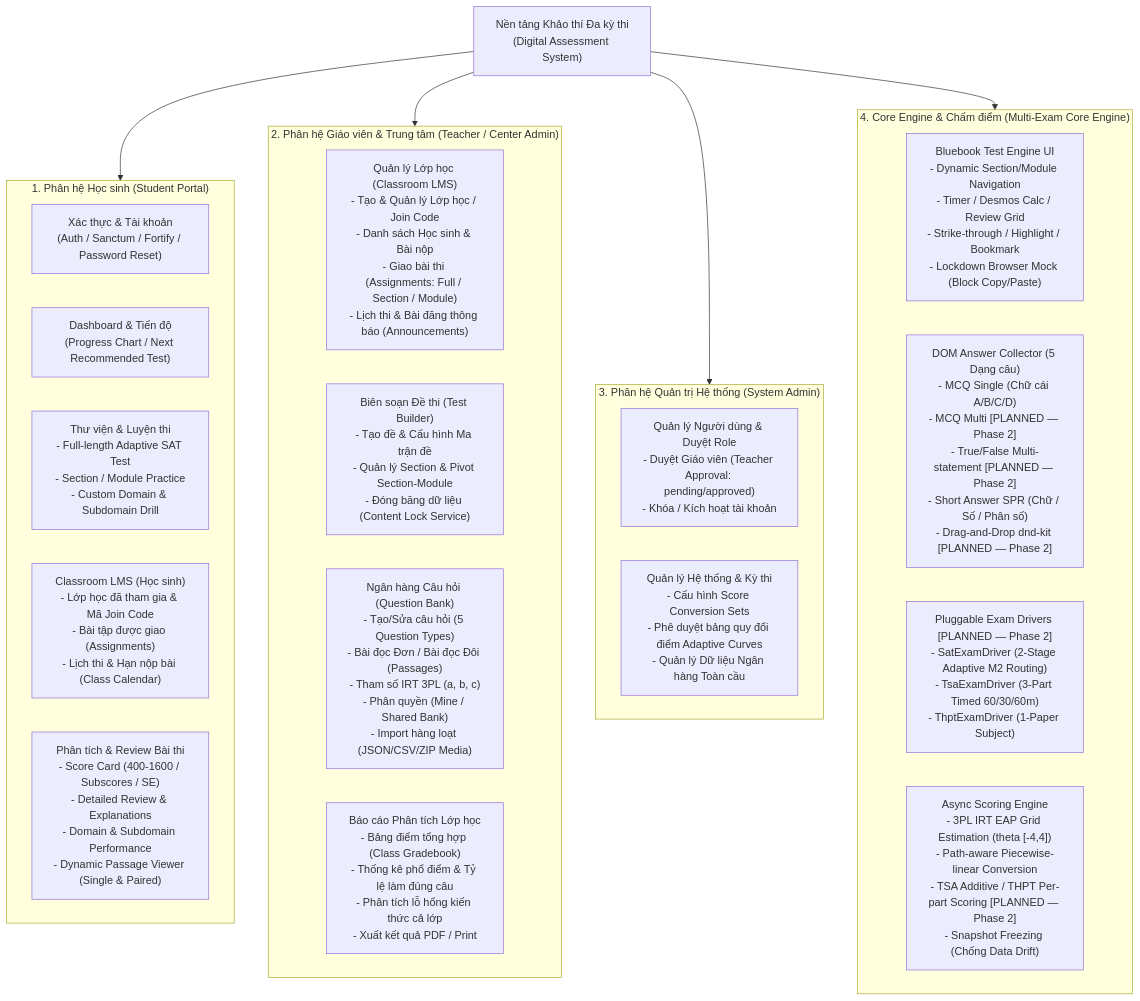
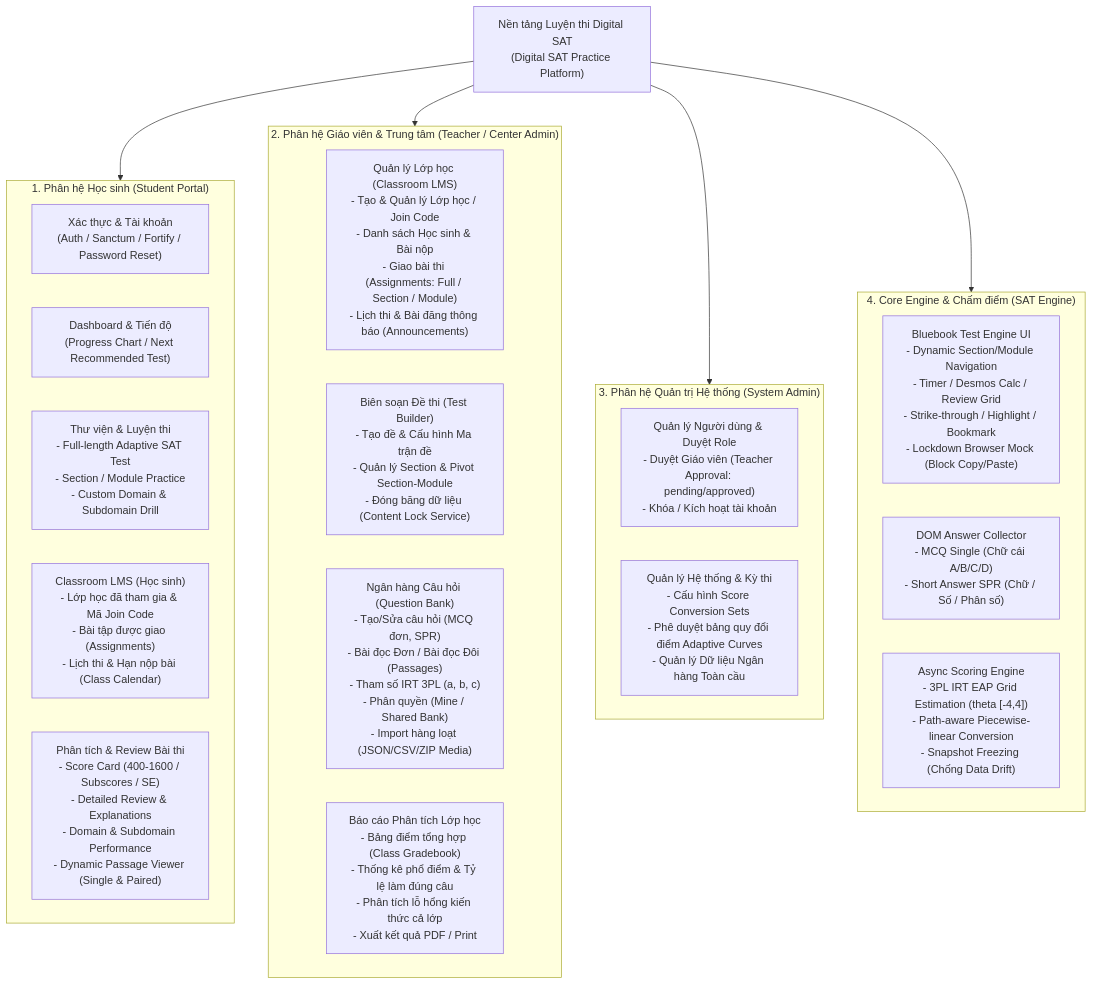
The first of 5 diagrams in docs/system-architecture-and-roadmap.md (rhy911/digital-sat), drawn with Mermaid before and after one commit. The commit also changed other lines of this file and 69 other files, not shown here.

Commit message:
chore: squash migrations into schema dump, add phpstan/larastan

````diff
--- a/docs/system-architecture-and-roadmap.md
+++ b/docs/system-architecture-and-roadmap.md
@@ -123,40 +104,39 @@
 ```mermaid
 graph TD
-    Root["Nền tảng Khảo thí Đa kỳ thi\n(Digital Assessment System)"]
+    Root["Nền tảng Luyện thi Digital SAT\n(Digital SAT Practice Platform)"]
 
     %% 1. STUDENT PORTAL
     subgraph StudentPortal["1. Phân hệ Học sinh (Student Portal)"]
         S_Auth["Xác thực & Tài khoản\n(Auth / Sanctum / Fortify / Password Reset)"]
         S_Dash["Dashboard & Tiến độ\n(Progress Chart / Next Recommended Test)"]
         S_Practice["Thư viện & Luyện thi\n- Full-length Adaptive SAT Test\n- Section / Module Practice\n- Custom Domain & Subdomain Drill"]
         S_LMS["Classroom LMS (Học sinh)\n- Lớp học đã tham gia & Mã Join Code\n- Bài tập được giao (Assignments)\n- Lịch thi & Hạn nộp bài (Class Calendar)"]
         S_Review["Phân tích & Review Bài thi\n- Score Card (400-1600 / Subscores / SE)\n- Detailed Review & Explanations\n- Domain & Subdomain Performance\n- Dynamic Passage Viewer (Single & Paired)"]
     end
 
     %% 2. TEACHER PORTAL
     subgraph TeacherPortal["2. Phân hệ Giáo viên & Trung tâm (Teacher / Center Admin)"]
         T_Class["Quản lý Lớp học (Classroom LMS)\n- Tạo & Quản lý Lớp học / Join Code\n- Danh sách Học sinh & Bài nộp\n- Giao bài thi (Assignments: Full / Section / Module)\n- Lịch thi & Bài đăng thông báo (Announcements)"]
         T_Builder["Biên soạn Đề thi (Test Builder)\n- Tạo đề & Cấu hình Ma trận đề\n- Quản lý Section & Pivot Section-Module\n- Đóng băng dữ liệu (Content Lock Service)"]
-        T_Bank["Ngân hàng Câu hỏi (Question Bank)\n- Tạo/Sửa câu hỏi (5 Question Types)\n- Bài đọc Đơn / Bài đọc Đôi (Passages)\n- Tham số IRT 3PL (a, b, c)\n- Phân quyền (Mine / Shared Bank)\n- Import hàng loạt (JSON/CSV/ZIP Media)"]
+        T_Bank["Ngân hàng Câu hỏi (Question Bank)\n- Tạo/Sửa câu hỏi (MCQ đơn, SPR)\n- Bài đọc Đơn / Bài đọc Đôi (Passages)\n- Tham số IRT 3PL (a, b, c)\n- Phân quyền (Mine / Shared Bank)\n- Import hàng loạt (JSON/CSV/ZIP Media)"]
         T_Analytics["Báo cáo Phân tích Lớp học\n- Bảng điểm tổng hợp (Class Gradebook)\n- Thống kê phổ điểm & Tỷ lệ làm đúng câu\n- Phân tích lỗ hổng kiến thức cả lớp\n- Xuất kết quả PDF / Print"]
     end
 
     %% 3. ADMIN PORTAL
     subgraph AdminPortal["3. Phân hệ Quản trị Hệ thống (System Admin)"]
         A_User["Quản lý Người dùng & Duyệt Role\n- Duyệt Giáo viên (Teacher Approval: pending/approved)\n- Khóa / Kích hoạt tài khoản"]
         A_Config["Quản lý Hệ thống & Kỳ thi\n- Cấu hình Score Conversion Sets\n- Phê duyệt bảng quy đổi điểm Adaptive Curves\n- Quản lý Dữ liệu Ngân hàng Toàn cầu"]
     end
 
     %% 4. CORE ENGINE & SCORING
-    subgraph CoreEngine["4. Core Engine & Chấm điểm (Multi-Exam Core Engine)"]
+    subgraph CoreEngine["4. Core Engine & Chấm điểm (SAT Engine)"]
         E_UI["Bluebook Test Engine UI\n- Dynamic Section/Module Navigation\n- Timer / Desmos Calc / Review Grid\n- Strike-through / Highlight / Bookmark\n- Lockdown Browser Mock (Block Copy/Paste)"]
-        E_Collector["DOM Answer Collector (5 Dạng câu)\n- MCQ Single (Chữ cái A/B/C/D)\n- MCQ Multi [PLANNED — Phase 2]\n- True/False Multi-statement [PLANNED — Phase 2]\n- Short Answer SPR (Chữ / Số / Phân số)\n- Drag-and-Drop dnd-kit [PLANNED — Phase 2]"]
-        E_Driver["Pluggable Exam Drivers [PLANNED — Phase 2]\n- SatExamDriver (2-Stage Adaptive M2 Routing)\n- TsaExamDriver (3-Part Timed 60/30/60m)\n- ThptExamDriver (1-Paper Subject)"]
-        E_Score["Async Scoring Engine\n- 3PL IRT EAP Grid Estimation (theta [-4,4])\n- Path-aware Piecewise-linear Conversion\n- TSA Additive / THPT Per-part Scoring [PLANNED — Phase 2]\n- Snapshot Freezing (Chống Data Drift)"]
+        E_Collector["DOM Answer Collector\n- MCQ Single (Chữ cái A/B/C/D)\n- Short Answer SPR (Chữ / Số / Phân số)"]
+        E_Score["Async Scoring Engine\n- 3PL IRT EAP Grid Estimation (theta [-4,4])\n- Path-aware Piecewise-linear Conversion\n- Snapshot Freezing (Chống Data Drift)"]
     end
 
     Root --> StudentPortal
     Root --> TeacherPortal
     Root --> AdminPortal
     Root --> CoreEngine
 ```
````
